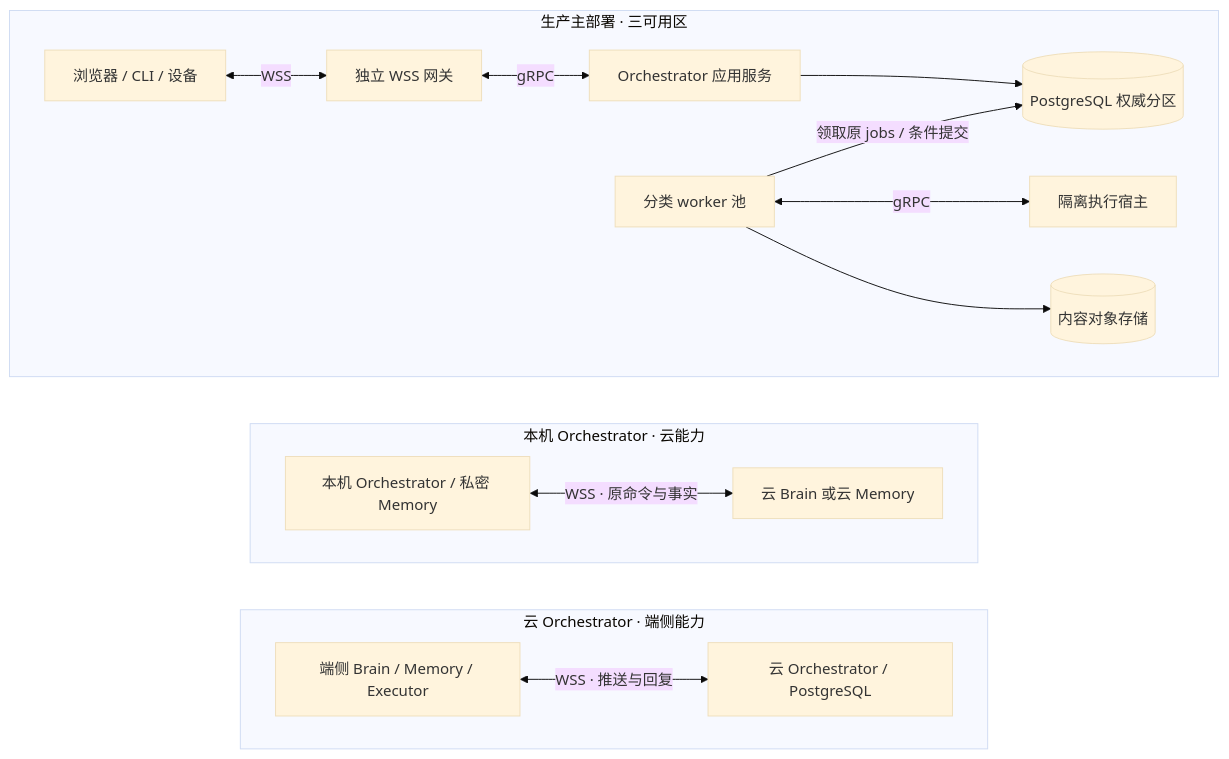
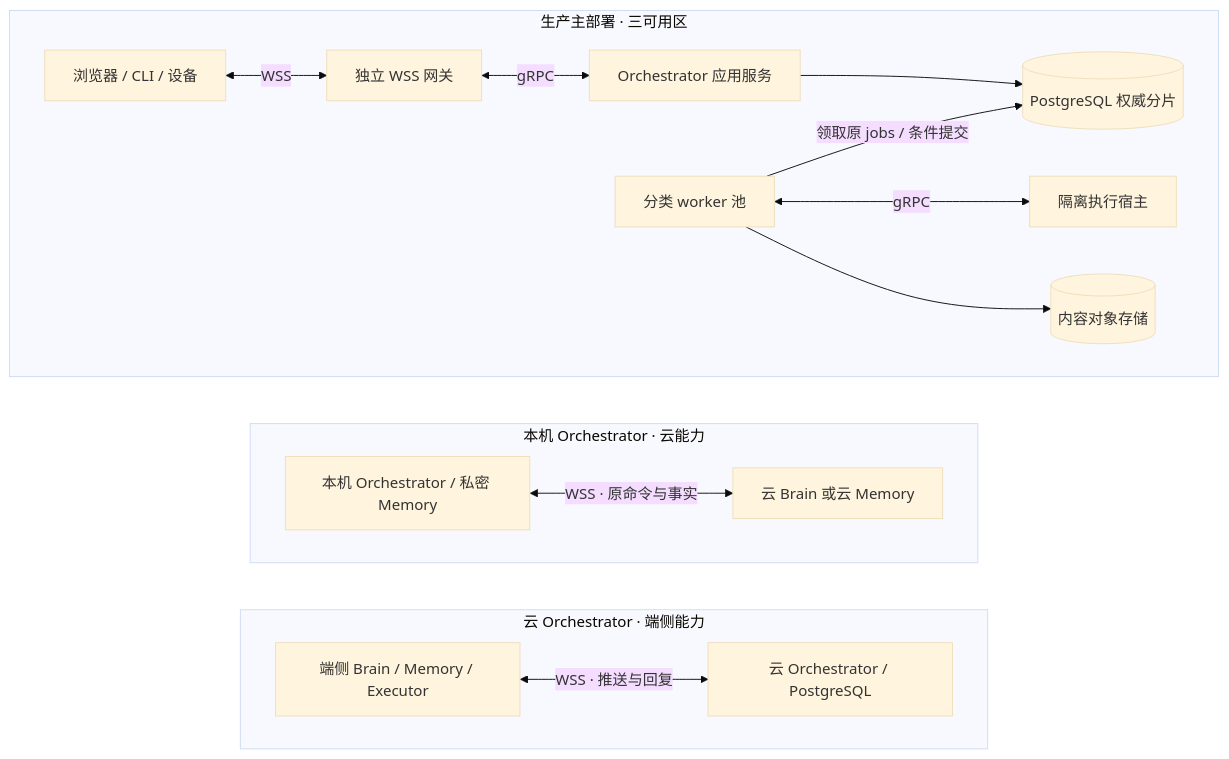
Before and after one commit to ruipengliu/lerna: the first of 2 diagrams in docs/architecture/deployment.md, drawn with Mermaid (base theme). The commit also changed other lines of this file and 205 other files, not shown here.

Commit message:
docs: unify architecture terminology

````diff
--- a/docs/architecture/deployment.md
+++ b/docs/architecture/deployment.md
@@ -31,30 +31,30 @@
 ```mermaid
 flowchart TB
     subgraph L[生产主部署 · 三可用区]
       U[浏览器 / CLI / 设备]
       G[独立 WSS 网关]
       H1[Orchestrator 应用服务]
       W[分类 worker 池]
       E[隔离执行宿主]
-      D1[(PostgreSQL 权威分区)]
+      D1[(PostgreSQL 权威分片)]
       O[(内容对象存储)]
       U <-->|WSS| G
       G <-->|gRPC| H1
       H1 --> D1
       W -->|领取原 jobs / 条件提交| D1
       W <-->|gRPC| E
       W --> O
     end
     subgraph M[本机 Orchestrator · 云能力]
       H2[本机 Orchestrator / 私密 Memory]
       B2[云 Brain 或云 Memory]
       H2 <-->|WSS · 原命令与事实| B2
     end
     subgraph C[云 Orchestrator · 端侧能力]
       H3[云 Orchestrator / PostgreSQL]
       E3[端侧 Brain / Memory / Executor]
       E3 <-->|WSS · 推送与回复| H3
     end
     L ~~~ M
     M ~~~ C
 ```
````
